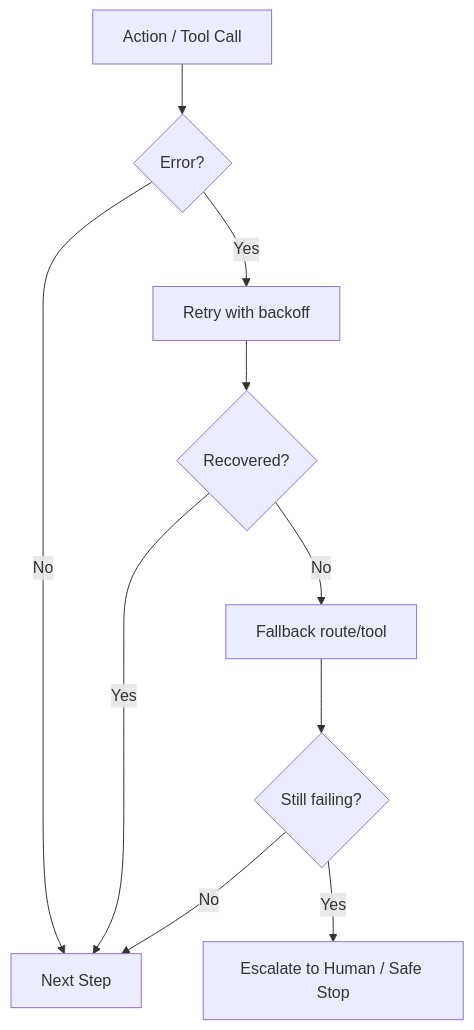
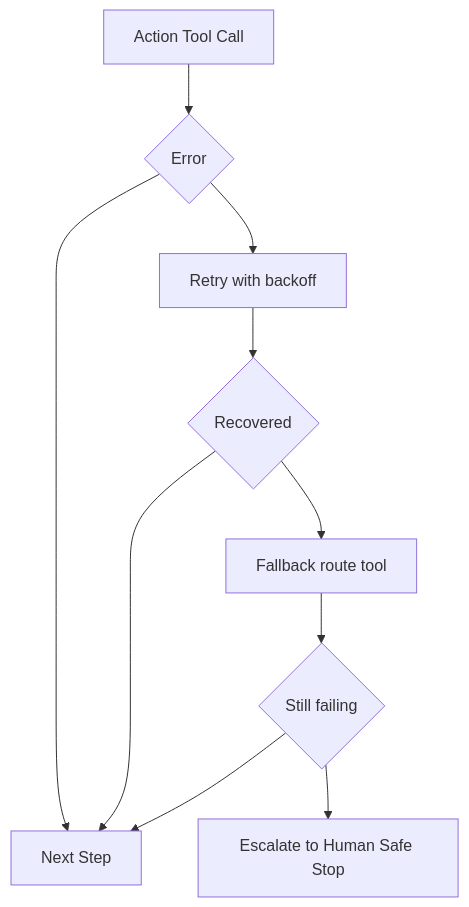
One commit to tonyjosephsebastians/AI-Design-patterns changed diagram 12 of 21 in Agentic_Design_Patterns_21_Patterns_Guide.md. Above: the diagram before and after it, drawn with Mermaid. The commit also changed other lines of this file, not shown here.

````diff
--- a/Agentic_Design_Patterns_21_Patterns_Guide.md
+++ b/Agentic_Design_Patterns_21_Patterns_Guide.md
@@ -462,12 +462,12 @@
 ```mermaid
 flowchart TD
-A[Action / Tool Call] --> E{Error?}
-E -->|No| N[Next Step]
-E -->|Yes| R[Retry with backoff]
-R --> S{Recovered?}
-S -->|Yes| N
-S -->|No| F[Fallback route/tool]
-F --> T{Still failing?}
-T -->|No| N
-T -->|Yes| H[Escalate to Human / Safe Stop]
+A[Action Tool Call] --> E{Error }
+E --> N[Next Step]
+E --> R[Retry with backoff]
+R --> S{Recovered }
+S --> N
+S --> F[Fallback route tool]
+F --> T{Still failing }
+T --> N
+T --> H[Escalate to Human Safe Stop]
 ```
````
